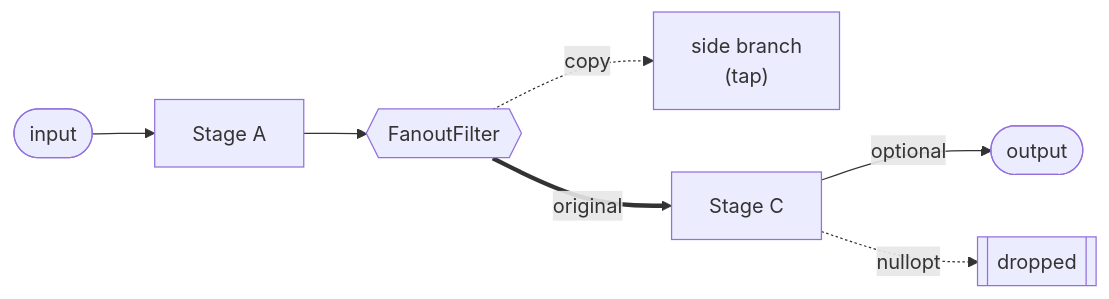
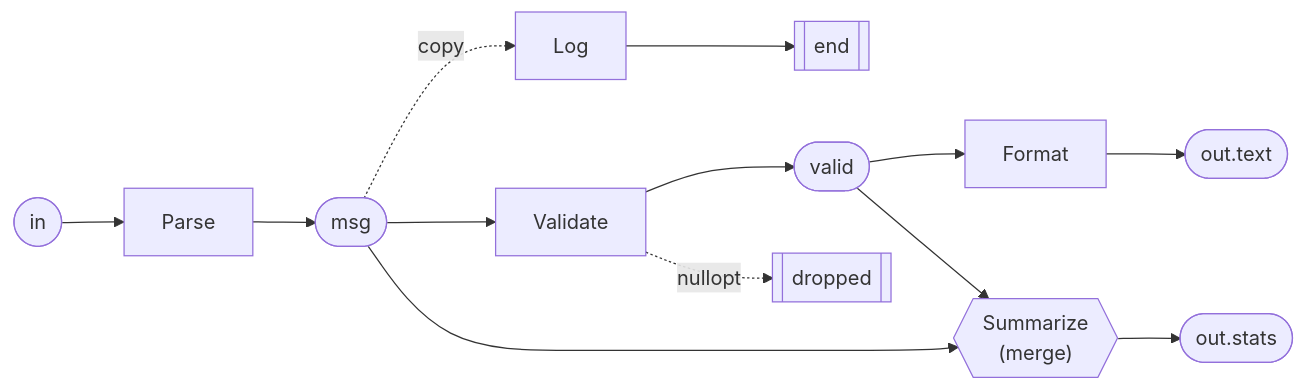
The diagram in README.md (psyinf/filterGraph), drawn with Mermaid before and after one commit. The commit also changed other lines of this file and 10 other files, not shown here.

First line of the commit message:
Make the text DSL a first-class, runnable graph description (#8)

````diff
--- a/README.md
+++ b/README.md
@@ -32,9 +37,13 @@
 ```mermaid
 flowchart LR
-    In(["input"]) --> A["Stage A"]
-    A --> F{{"FanoutFilter"}}
-    F -. "copy" .-> B["side branch<br/>(tap)"]
-    F ==>|"original"| C["Stage C"]
-    C -->|"optional"| Out(["output"])
-    C -. "nullopt" .-> Drop[["dropped"]]
+    In(["in"]) --> Parse["Parse"]
+    Parse --> Msg(["msg"])
+    Msg -. "copy" .-> Log["Log"] --> End[["end"]]
+    Msg --> Validate["Validate"]
+    Validate --> Valid(["valid"])
+    Validate -. "nullopt" .-> Drop[["dropped"]]
+    Valid --> Format["Format"] --> Text(["out.text"])
+    Msg --> Summarize{{"Summarize<br/>(merge)"}}
+    Valid --> Summarize
+    Summarize --> Stats(["out.stats"])
 ```
````
